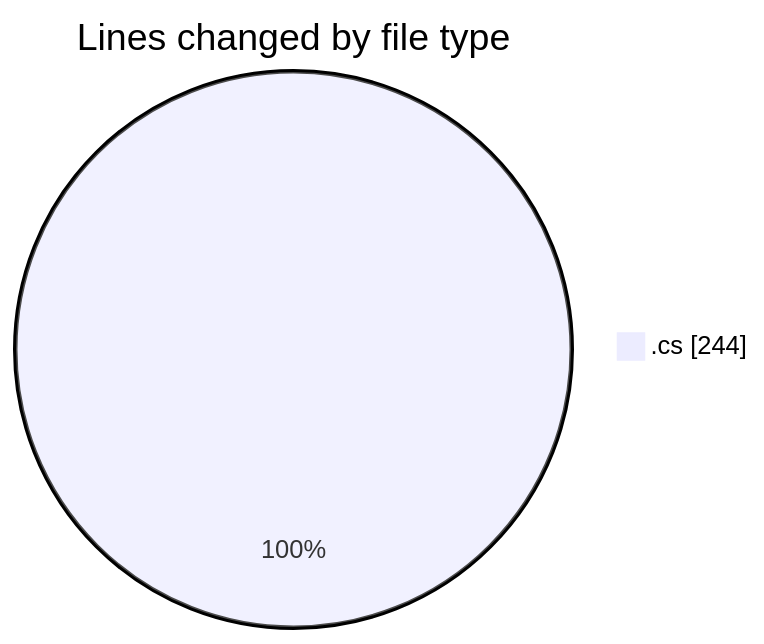
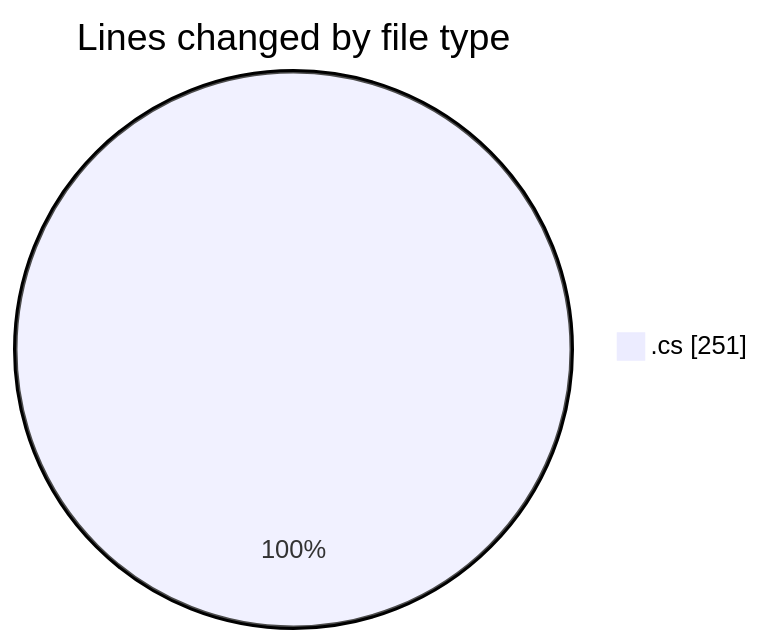
Before and after one commit to Netris89/code-tracking: the first of 2 diagrams in 2025-03-29/back-end/README.md, drawn with Mermaid. The commit also changed other lines of this file and 1 other file, not shown here.

````diff
--- a/2025-03-29/back-end/README.md
+++ b/2025-03-29/back-end/README.md
@@ -20,5 +20,5 @@
 ```mermaid
 pie showData
 title Lines changed by file type
-".cs" : 244
+".cs" : 251
 ```
````
